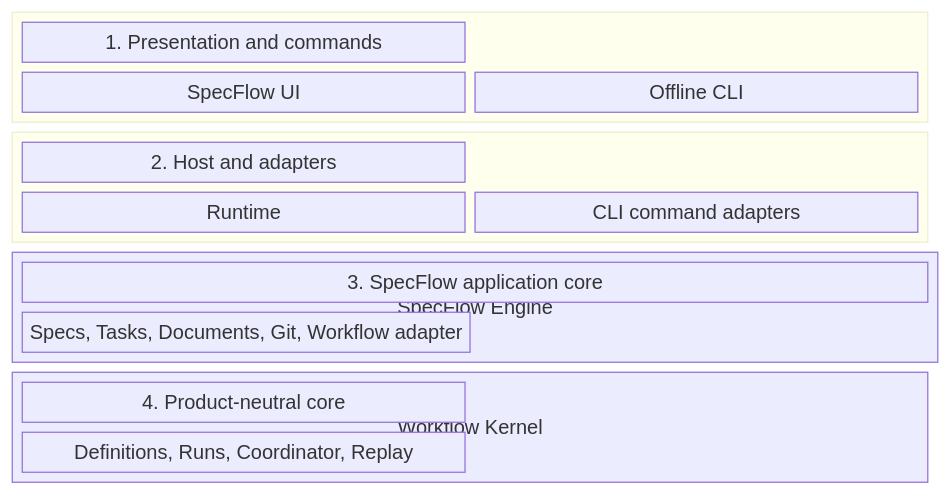
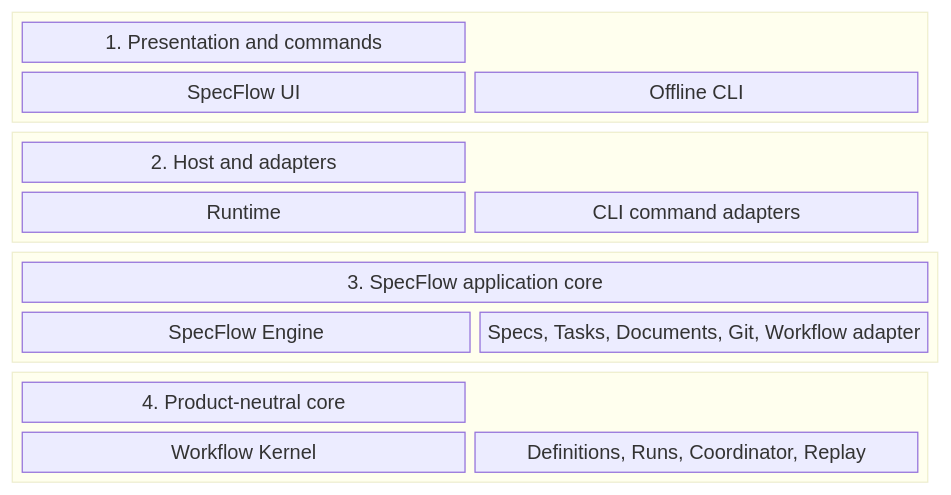
The first of 2 diagrams in docs/architecture/overview.md (dczerwinskipl/nevo-specflow), drawn with Mermaid before and after one commit. The commit also changed 6 other files, not shown here.

First line of the commit message:
fix(docs): prevent Mermaid block and node ID collisions (#200)

````diff
--- a/docs/architecture/overview.md
+++ b/docs/architecture/overview.md
@@ -51,28 +51,28 @@
 ```mermaid
 block-beta
   columns 1
   block:entry
     columns 2
     entryTitle["1. Presentation and commands"]:2
     ui["SpecFlow UI"]
     cli["Offline CLI"]
   end
   block:host
     columns 2
     hostTitle["2. Host and adapters"]:2
     runtime["Runtime"]
     offline["CLI command adapters"]
   end
   block:engine
     columns 2
     engineTitle["3. SpecFlow application core"]:2
-    engine["SpecFlow Engine"]
+    engineComponent["SpecFlow Engine"]
     engineParts["Specs, Tasks, Documents, Git, Workflow adapter"]
   end
   block:kernel
     columns 2
     kernelTitle["4. Product-neutral core"]:2
-    kernel["Workflow Kernel"]
+    kernelComponent["Workflow Kernel"]
     kernelParts["Definitions, Runs, Coordinator, Replay"]
   end
 ```
````
